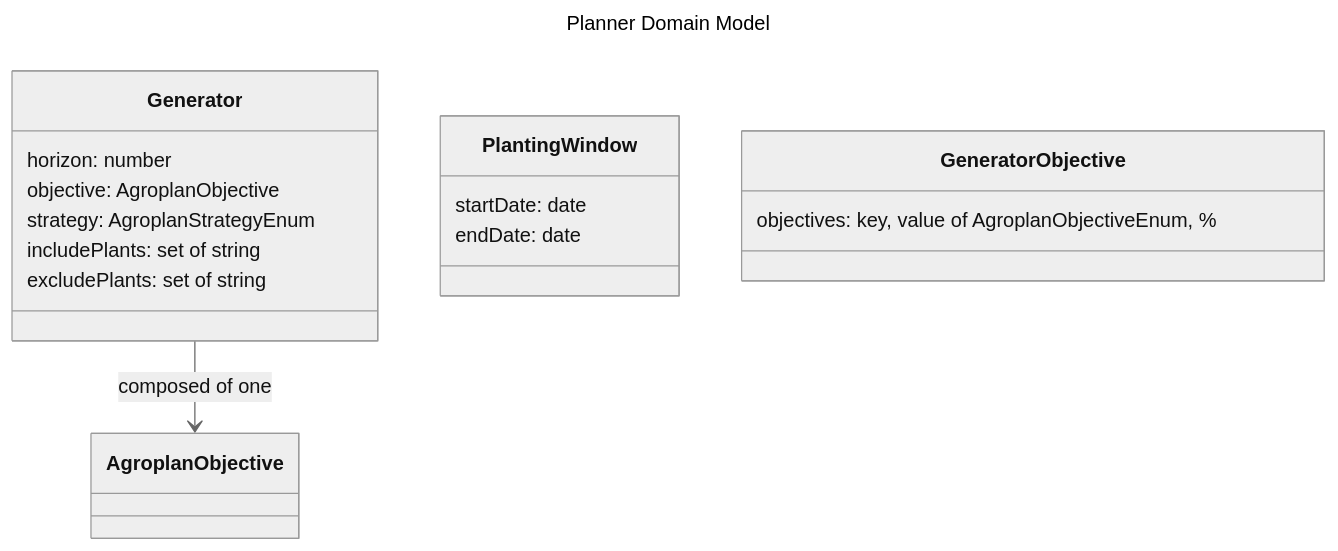
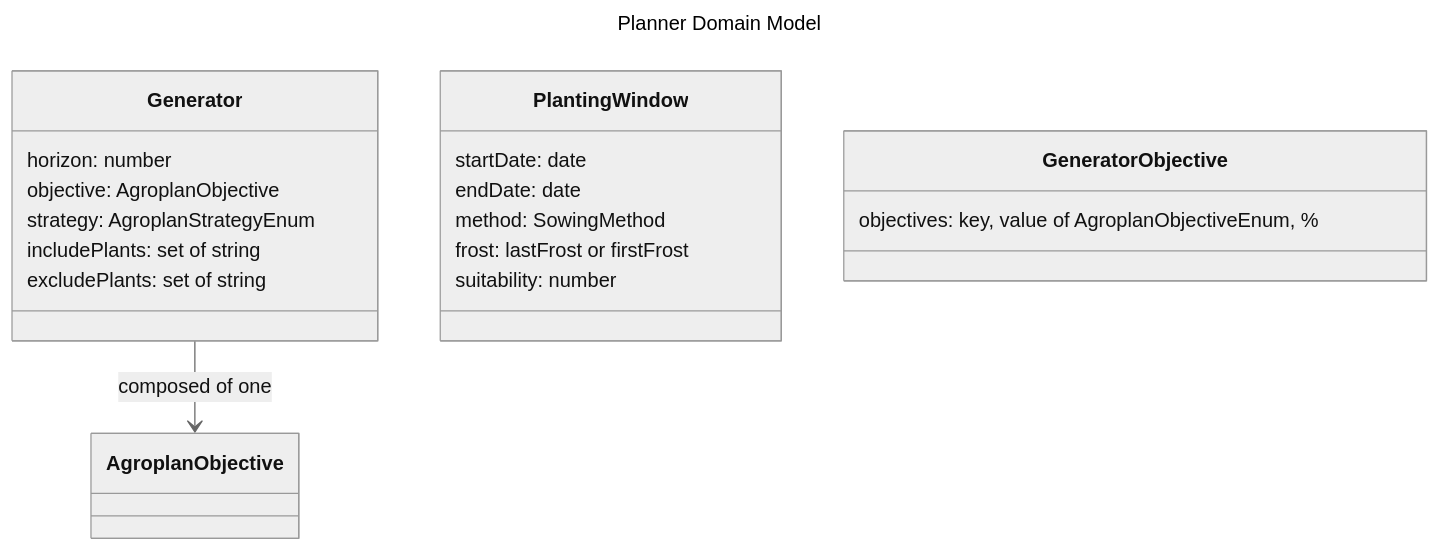
The diagram in design/planner/models.md (Verdagraph/Webapp), drawn with Mermaid (neutral theme) before and after one commit. The commit also changed other lines of this file and 110 other files, not shown here.

Commit message:
Adds wealth of schema information

````diff
--- a/design/planner/models.md
+++ b/design/planner/models.md
@@ -7,24 +7,27 @@
 ```mermaid
 ---
 title: Planner Domain Model
 ---
 classDiagram
 
     Generator --> AgroplanObjective : composed of one
 
     class PlantingWindow {
         startDate: date
         endDate: date
+        method: SowingMethod
+        frost: lastFrost or firstFrost
+        suitability: number
     }
     class Generator{
         horizon: number
         objective: AgroplanObjective
         strategy: AgroplanStrategyEnum
         includePlants: set of string
         excludePlants: set of string
     }
     class GeneratorObjective{
         objectives: key, value of AgroplanObjectiveEnum, %
     }
 
 ```
````
